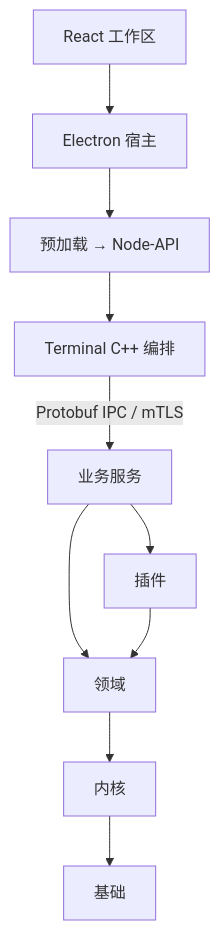
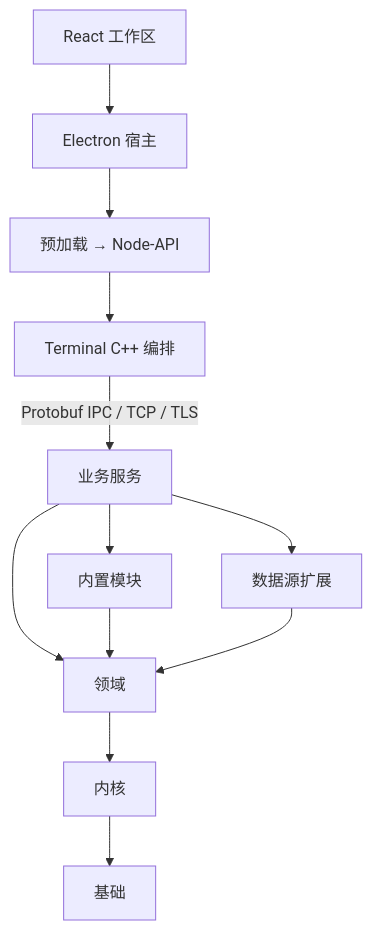
One commit to isqiwen/asterion-terminal changed the first of 2 diagrams in docs/architecture.md. Above: the diagram before and after it, drawn with Mermaid. The commit also changed other lines of this file and 595 other files, not shown here.

First line of the commit message:
M1.8, M1.9: standalone trading over pinned TLS, LAN TCP, internal module boundaries

````diff
--- a/docs/architecture.md
+++ b/docs/architecture.md
@@ -17,12 +18,14 @@
 ```mermaid
 flowchart TB
   UI[React 工作区] --> Host[Electron 宿主]
   Host --> Bridge[预加载 → Node-API]
   Bridge --> App[Terminal C++ 编排]
-  App -->|Protobuf IPC / mTLS| Services[业务服务]
-  Services --> Plugins[插件]
+  App -->|Protobuf IPC / TCP / TLS| Services[业务服务]
+  Services --> Modules[内置模块]
+  Services --> Extensions[数据源扩展]
   Services --> Domain[领域]
-  Plugins --> Domain
+  Modules --> Domain
+  Extensions --> Domain
   Domain --> Kernel[内核]
   Kernel --> Foundation[基础]
 ```
````
